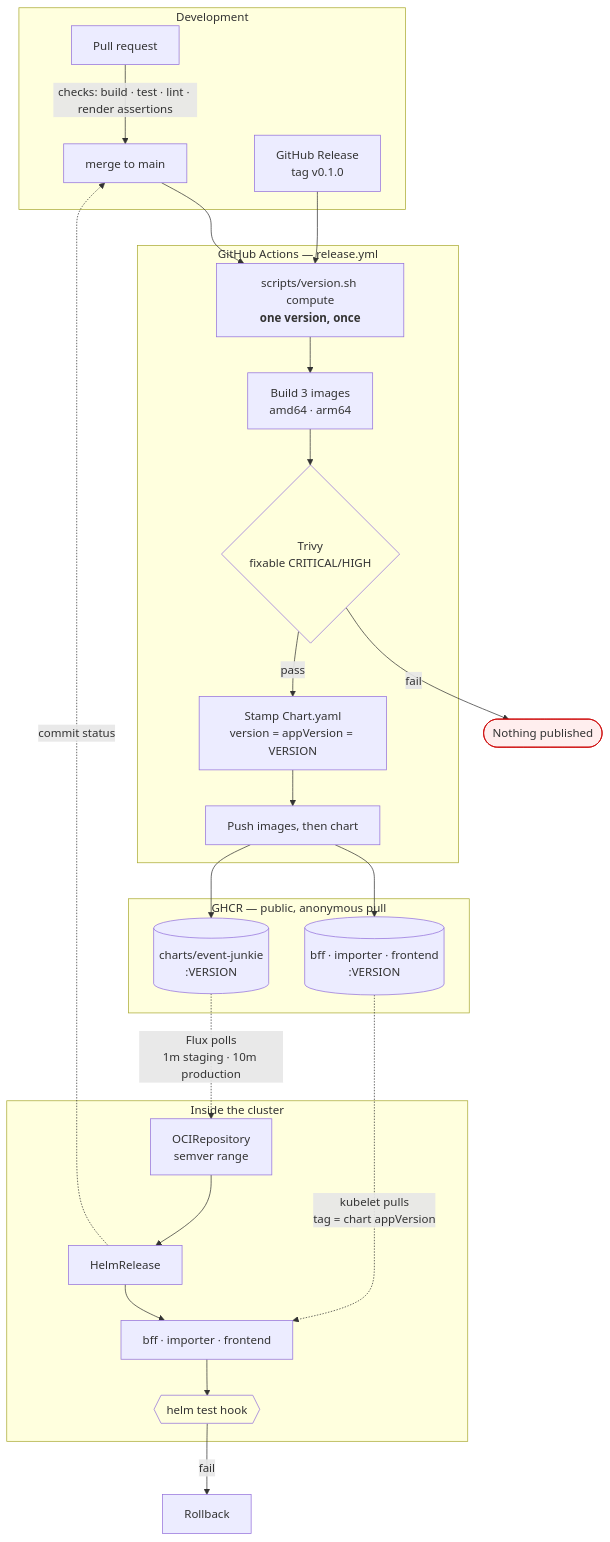
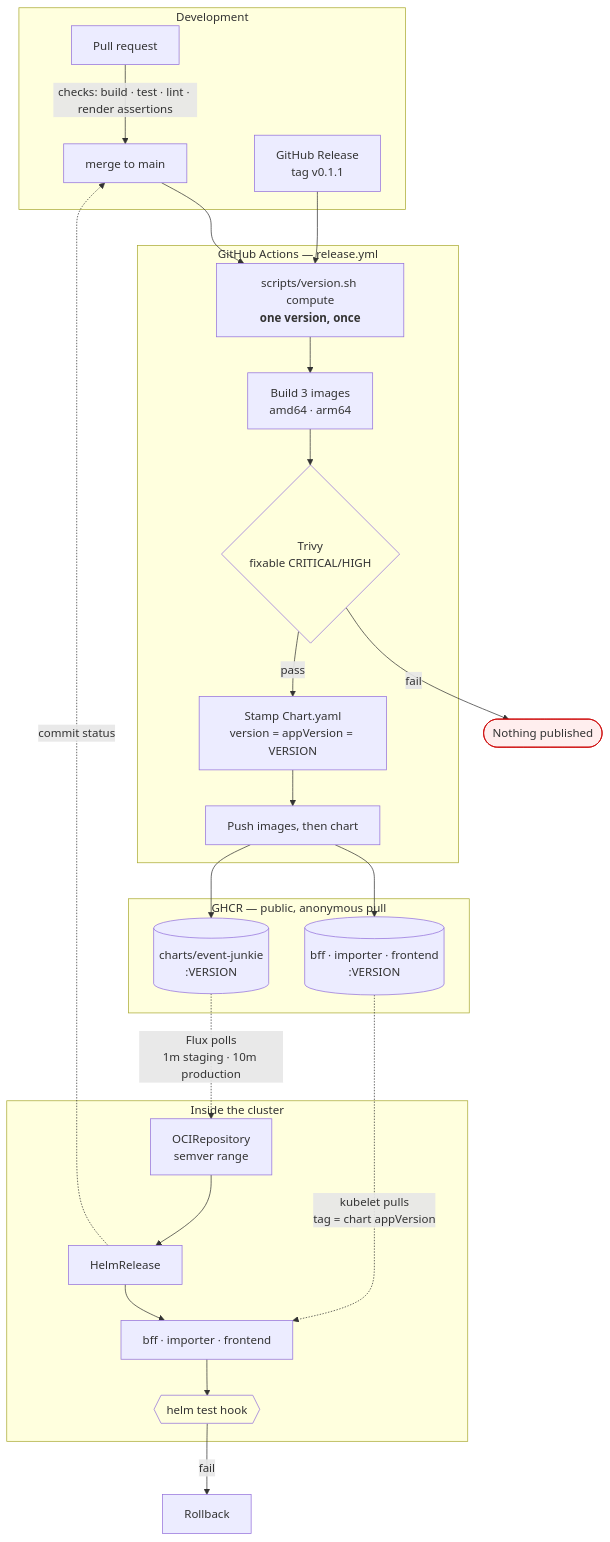
Before and after one commit to enorm-labs/event-junkie: the diagram in docs/RELEASING.md, drawn with Mermaid. The commit also changed other lines of this file and 19 other files, not shown here.

````diff
--- a/docs/RELEASING.md
+++ b/docs/RELEASING.md
@@ -12,46 +12,46 @@
 ```mermaid
 flowchart TB
     subgraph dev["Development"]
         pr["Pull request"] -->|"checks: build · test · lint · render assertions"| main["merge to main"]
-        rel["GitHub Release<br/>tag v0.1.0"]
+        rel["GitHub Release<br/>tag v0.1.1"]
     end
 
     subgraph ci["GitHub Actions — release.yml"]
         ver["scripts/version.sh compute<br/><b>one version, once</b>"]
         build["Build 3 images<br/>amd64 · arm64"]
         scan{"Trivy<br/>fixable CRITICAL/HIGH"}
         stamp["Stamp Chart.yaml<br/>version = appVersion = VERSION"]
         push["Push images, then chart"]
     end
 
     subgraph ghcr["GHCR — public, anonymous pull"]
         imgs[("bff · importer · frontend<br/>:VERSION")]
         chart[("charts/event-junkie<br/>:VERSION")]
     end
 
     subgraph cluster["Inside the cluster"]
         ocirepo["OCIRepository<br/>semver range"]
         hr["HelmRelease"]
         wl["bff · importer · frontend"]
         test{{"helm test hook"}}
     end
 
     main --> ver
     rel --> ver
     ver --> build --> scan
     scan -->|"fail"| stop(["Nothing published"])
     scan -->|"pass"| stamp --> push
     push --> imgs
     push --> chart
 
     chart -.->|"Flux polls<br/>1m staging · 10m production"| ocirepo
     ocirepo --> hr --> wl
     imgs -.->|"kubelet pulls<br/>tag = chart appVersion"| wl
     wl --> test
     test -->|"fail"| rb["Rollback"]
     hr -.->|"commit status"| main
 
     style stop fill:#fee,stroke:#c00
     style scan fill:#ffd
     style test fill:#ffd
 ```
````
